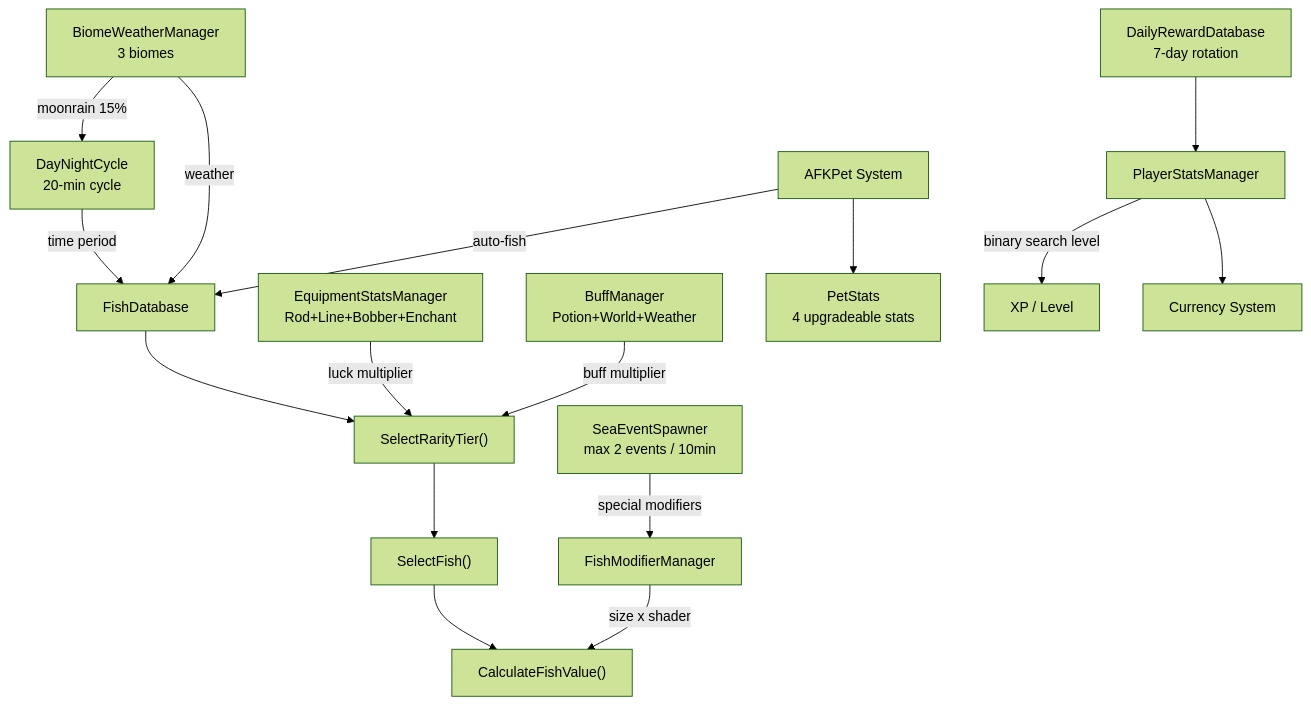
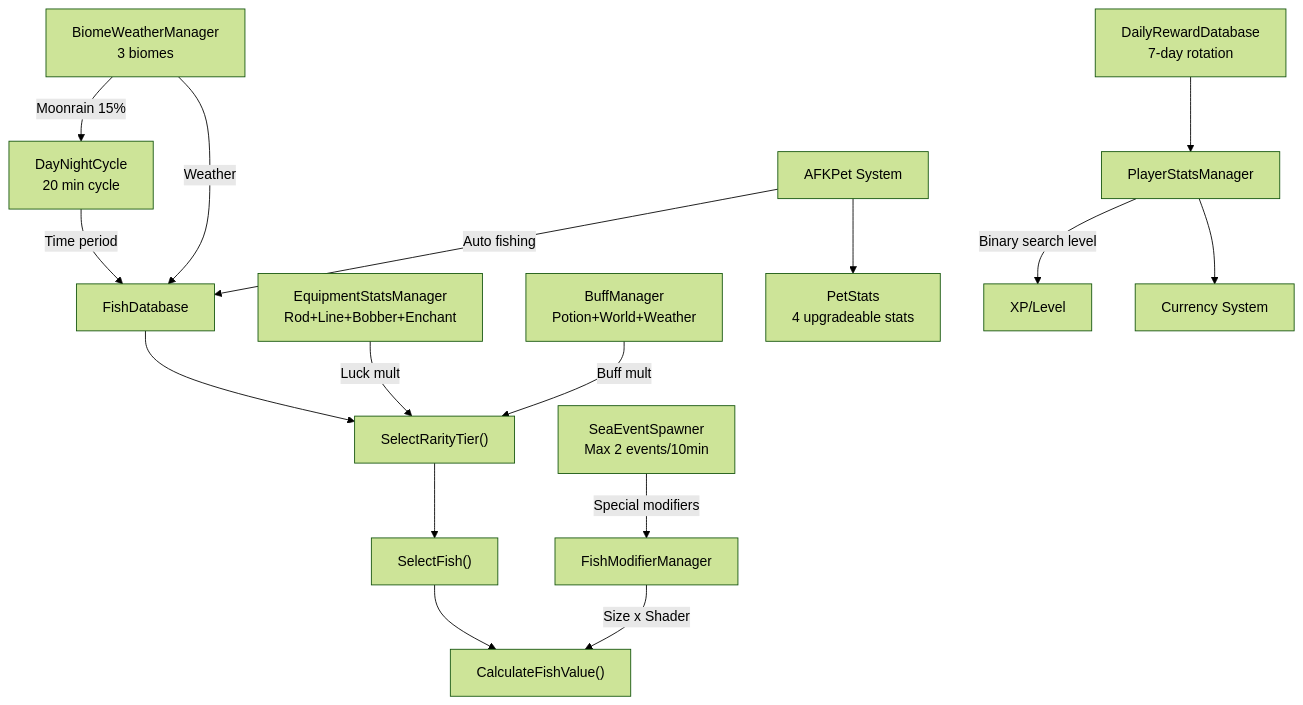
Before and after one commit to SeaLoong/Fish-Udon-Raw-Ilcode: diagram 16 of 18 in docs/gamedata-en.md, drawn with Mermaid (forest theme). The commit also changed other lines of this file and 1 other file, not shown here.

````diff
--- a/docs/gamedata-en.md
+++ b/docs/gamedata-en.md
@@ -631,25 +1386,25 @@
 ```mermaid
 flowchart TD
     FishDB["FishDatabase"] --> Select["SelectRarityTier()"]
     Select --> Fish["SelectFish()"]
     Fish --> Value["CalculateFishValue()"]
 
-    Equip["EquipmentStatsManager\nRod+Line+Bobber+Enchant"] --> |luck multiplier| Select
-    Buff["BuffManager\nPotion+World+Weather"] --> |buff multiplier| Select
+    Equip["EquipmentStatsManager\nRod+Line+Bobber+Enchant"] --> |Luck mult| Select
+    Buff["BuffManager\nPotion+World+Weather"] --> |Buff mult| Select
 
-    Mod["FishModifierManager"] --> |size x shader| Value
+    Mod["FishModifierManager"] --> |Size x Shader| Value
 
-    DNC["DayNightCycle\n20-min cycle"] --> |time period| FishDB
-    Weather["BiomeWeatherManager\n3 biomes"] --> |weather| FishDB
-    Weather --> |moonrain 15%| DNC
+    DNC["DayNightCycle\n20 min cycle"] --> |Time period| FishDB
+    Weather["BiomeWeatherManager\n3 biomes"] --> |Weather| FishDB
+    Weather --> |Moonrain 15%| DNC
 
-    Sea["SeaEventSpawner\nmax 2 events / 10min"] --> |special modifiers| Mod
+    Sea["SeaEventSpawner\nMax 2 events/10min"] --> |Special modifiers| Mod
 
-    Pet["AFKPet System"] --> |auto-fish| FishDB
+    Pet["AFKPet System"] --> |Auto fishing| FishDB
     Pet --> PetStats["PetStats\n4 upgradeable stats"]
 
-    Player["PlayerStatsManager"] --> |binary search level| XP["XP / Level"]
+    Player["PlayerStatsManager"] --> |Binary search level| XP["XP/Level"]
     Player --> Money["Currency System"]
 
     Daily["DailyRewardDatabase\n7-day rotation"] --> Player
 ```
````
